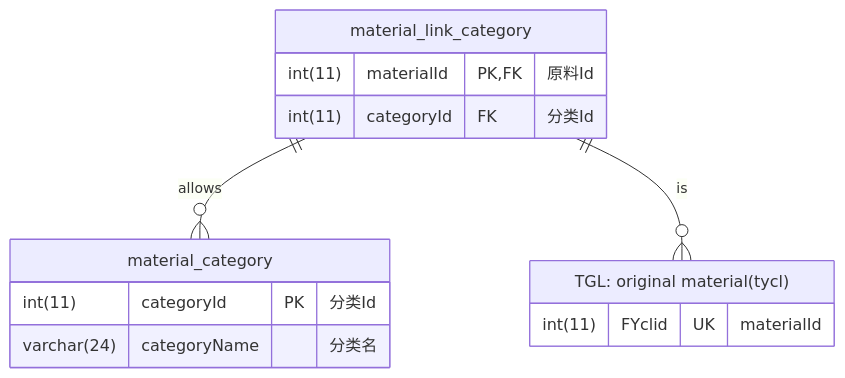
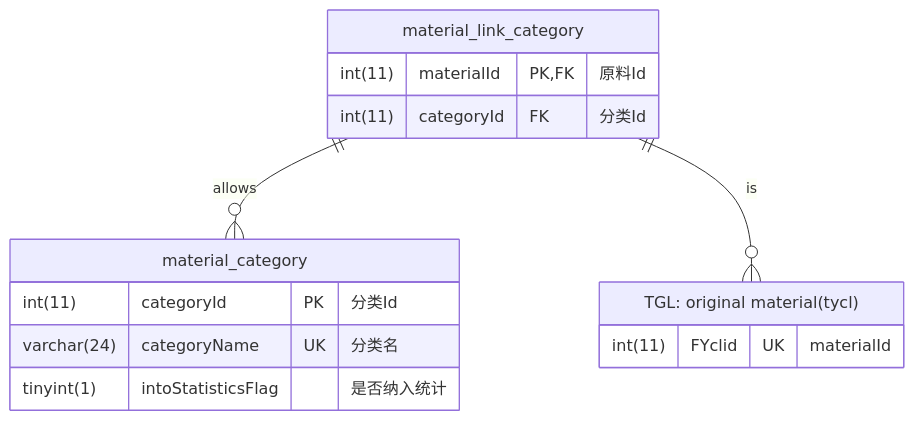
The third of 3 diagrams in README.md (kong-zj/SCG_TGL_assistant), drawn with Mermaid before and after one commit. The commit also changed other lines of this file and 16 other files, not shown here.

````diff
--- a/README.md
+++ b/README.md
@@ -267,16 +268,17 @@
 ```mermaid
 erDiagram
     "material_link_category" ||--o{ "material_category" : allows
     "material_link_category" ||--o{ "TGL: original material(tycl)" : is
     "material_category" {
         int(11) categoryId PK "分类Id"
-        varchar(24) categoryName "分类名"
+        varchar(24) categoryName UK "分类名"
+        tinyint(1) intoStatisticsFlag "是否纳入统计"
     }
     "material_link_category" {
         int(11) materialId PK,FK "原料Id"
         int(11) categoryId FK "分类Id"
     }
     "TGL: original material(tycl)" {
         int(11) FYclid UK "materialId"
     }
 ```
````
